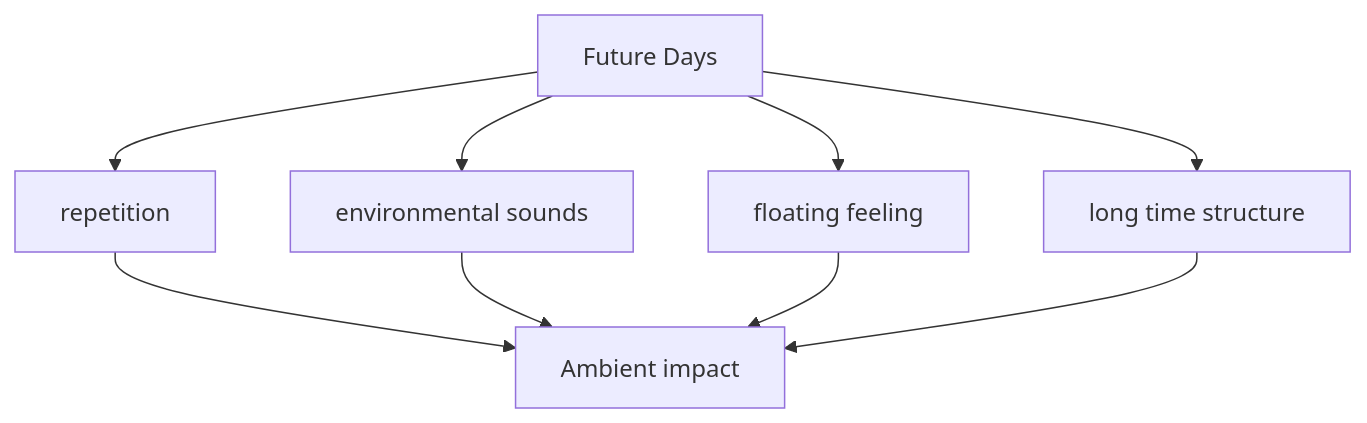
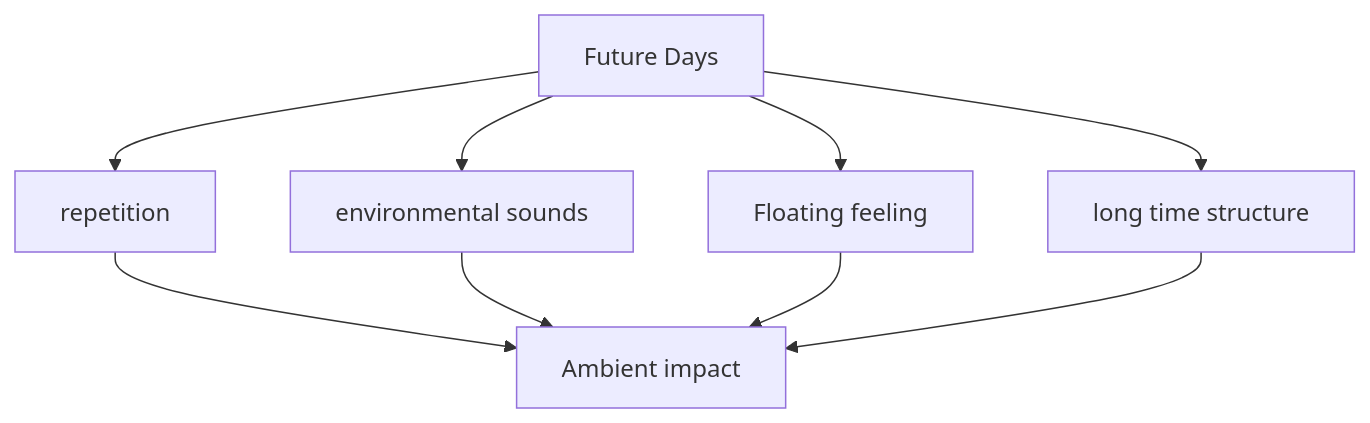
Before and after one commit to monumental-movement/monumental-movement.github.io: the fourth of 8 diagrams in en/_posts/2026-05-16-column-holger-czukay.md, drawn with Mermaid. The commit also changed other lines of this file and 497 other files, not shown here.

```diff
--- a/en/_posts/2026-05-16-column-holger-czukay.md
+++ b/en/_posts/2026-05-16-column-holger-czukay.md
@@ -262,11 +262,11 @@
 <div class="mermaid">
 graph TD
 A[Future Days] --> B[repetition]
 A --> C[environmental sounds]
-A --> D[floating feeling]
+A --> D[Floating feeling]
 A --> E[long time structure]
 B --> F[Ambient impact]
 C --> F
 D --> F
 E --> F
 </div>
```
